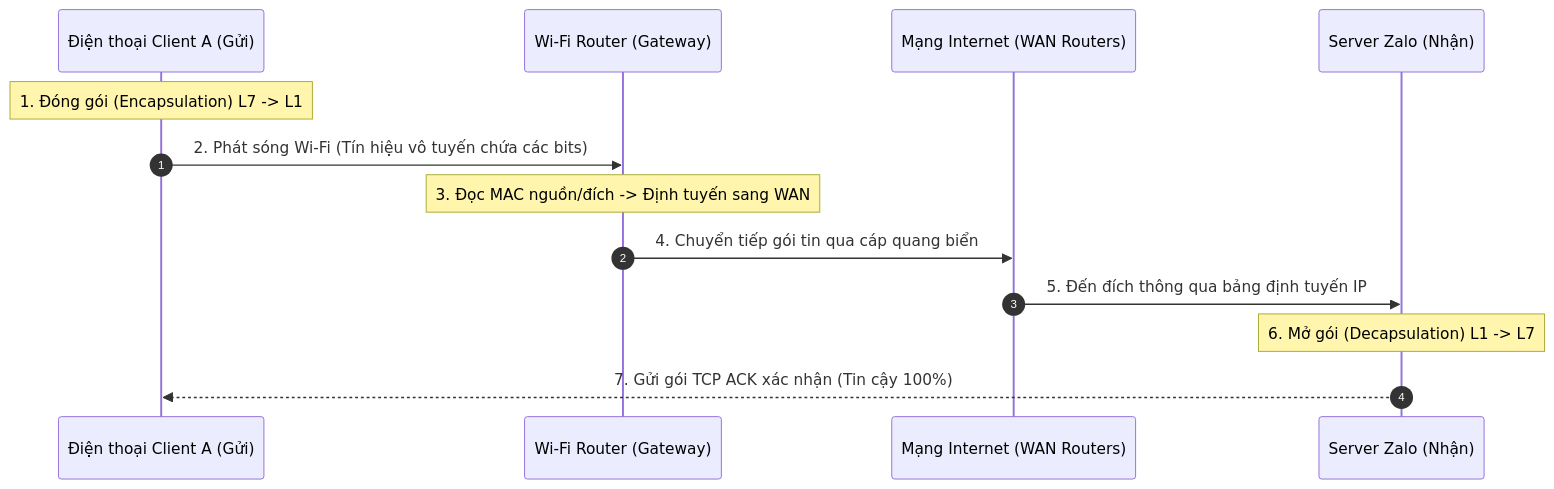
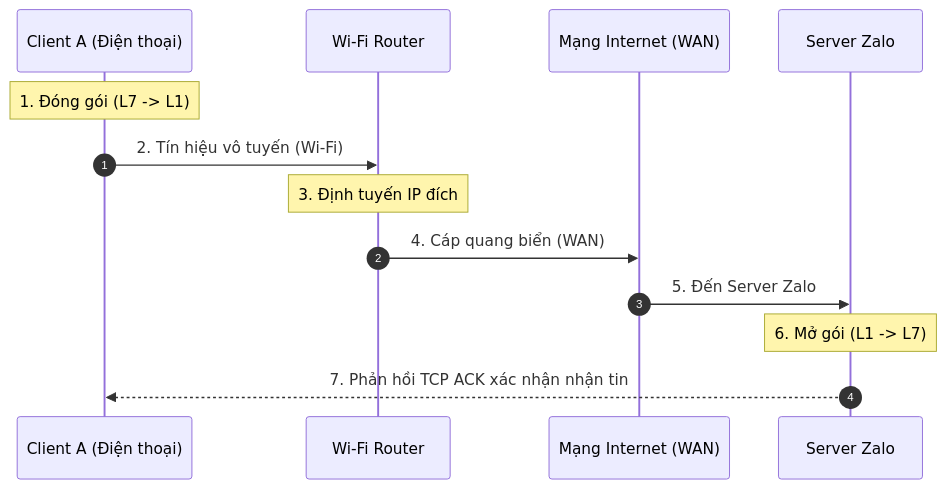
One commit to NghiaDPTWork/cs-fundamentals changed the diagram in network/network_advanced.md. Above: the diagram before and after it, drawn with Mermaid. The commit also changed other lines of this file and 3 other files, not shown here.

````diff
--- a/network/network_advanced.md
+++ b/network/network_advanced.md
@@ -14,16 +12,16 @@
 ```mermaid
 sequenceDiagram
     autonumber
-    participant ClientA as Điện thoại Client A (Gửi)
-    participant Router as Wi-Fi Router (Gateway)
-    participant Internet as Mạng Internet (WAN Routers)
-    participant Server as Server Zalo (Nhận)
+    participant ClientA as Client A (Điện thoại)
+    participant Router as Wi-Fi Router
+    participant Internet as Mạng Internet (WAN)
+    participant Server as Server Zalo
     
-    Note over ClientA: 1. Đóng gói (Encapsulation) L7 -> L1
-    ClientA->>Router: 2. Phát sóng Wi-Fi (Tín hiệu vô tuyến chứa các bits)
-    Note over Router: 3. Đọc MAC nguồn/đích -> Định tuyến sang WAN
-    Router->>Internet: 4. Chuyển tiếp gói tin qua cáp quang biển
-    Internet->>Server: 5. Đến đích thông qua bảng định tuyến IP
-    Note over Server: 6. Mở gói (Decapsulation) L1 -> L7
-    Server-->>ClientA: 7. Gửi gói TCP ACK xác nhận (Tin cậy 100%)
+    Note over ClientA: 1. Đóng gói (L7 -> L1)
+    ClientA->>Router: 2. Tín hiệu vô tuyến (Wi-Fi)
+    Note over Router: 3. Định tuyến IP đích
+    Router->>Internet: 4. Cáp quang biển (WAN)
+    Internet->>Server: 5. Đến Server Zalo
+    Note over Server: 6. Mở gói (L1 -> L7)
+    Server-->>ClientA: 7. Phản hồi TCP ACK xác nhận nhận tin
 ```
````
